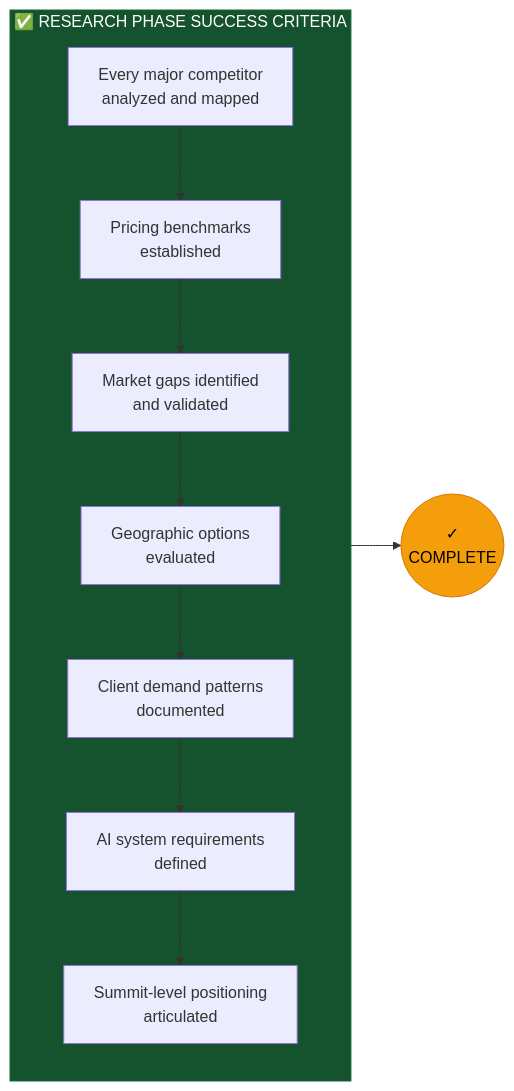
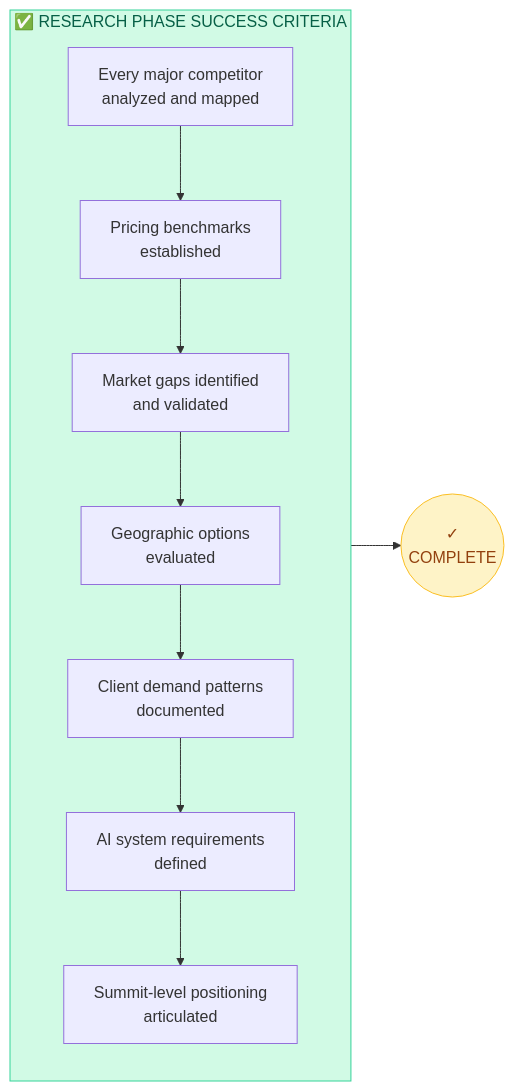
The ninth of 13 diagrams in docs/MARKET_RESEARCH.md (Light-Brands/epic-center), drawn with Mermaid before and after one commit. The commit also changed other lines of this file, not shown here.

First line of the commit message:
docs: Update mermaid diagram colors to softer palette

````diff
--- a/docs/MARKET_RESEARCH.md
+++ b/docs/MARKET_RESEARCH.md
@@ -532,18 +532,18 @@
 ```mermaid
 flowchart LR
     subgraph SUCCESS["✅ RESEARCH PHASE SUCCESS CRITERIA"]
         direction TB
         S1[Every major competitor<br/>analyzed and mapped]
         S2[Pricing benchmarks<br/>established]
         S3[Market gaps identified<br/>and validated]
         S4[Geographic options<br/>evaluated]
         S5[Client demand patterns<br/>documented]
         S6[AI system requirements<br/>defined]
         S7[Summit-level positioning<br/>articulated]
     end
 
     S1 --> S2 --> S3 --> S4 --> S5 --> S6 --> S7 --> DONE((✓<br/>COMPLETE))
 
-    style SUCCESS fill:#14532d,stroke:#166534,color:#fff
-    style DONE fill:#f59e0b,stroke:#d97706,color:#000
+    style SUCCESS fill:#d1fae5,stroke:#34d399,color:#065f46
+    style DONE fill:#fef3c7,stroke:#fbbf24,color:#92400e
 ```
````
